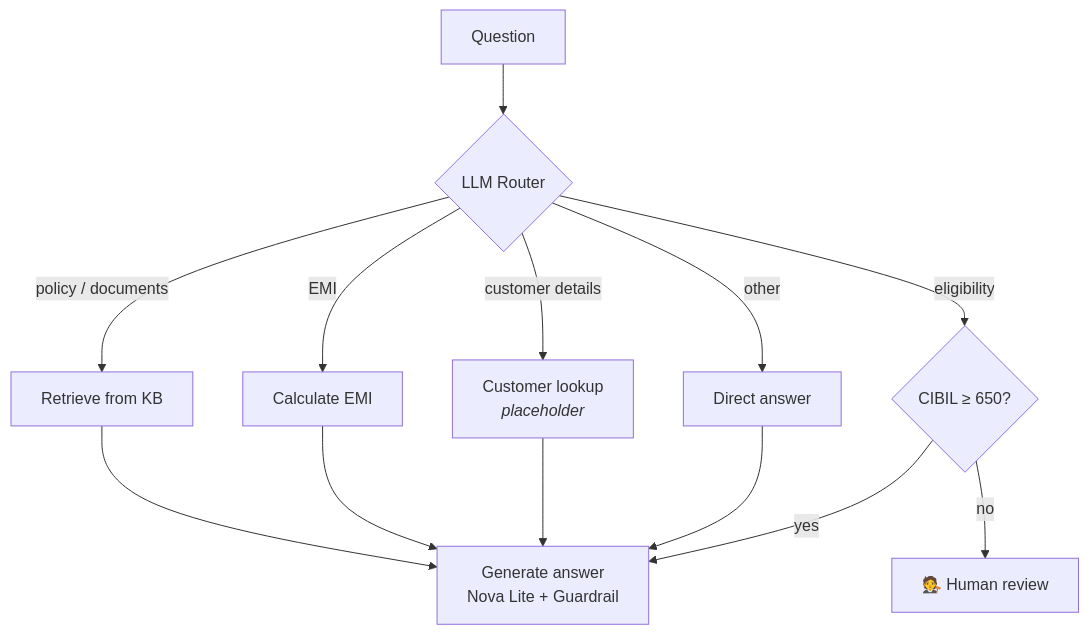
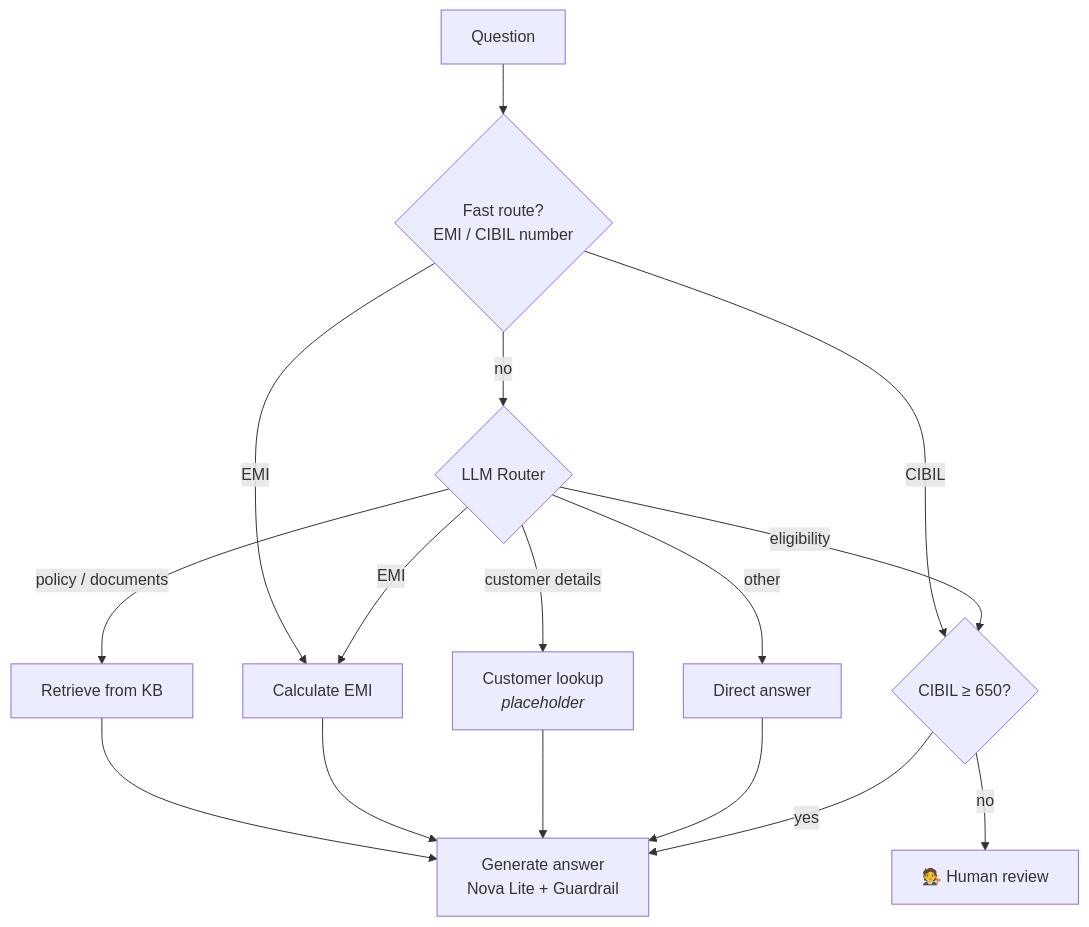
Before and after one commit to musaddiq-vd/loanassist-ai-Langgraph: the second of 2 diagrams in README.md, drawn with Mermaid. The commit also changed other lines of this file and 12 other files, not shown here.

First line of the commit message:
Smarter EMI and CIBIL handling, loan-type search filter, cheaper guardrails

````diff
--- a/README.md
+++ b/README.md
@@ -89,16 +90,19 @@
 ```mermaid
 flowchart TD
-    Q[Question] --> R{LLM Router}
+    Q[Question] --> FR{Fast route?<br/>EMI / CIBIL number}
+    FR -->|EMI| E
+    FR -->|CIBIL| EL
+    FR -->|no| R{LLM Router}
     R -->|policy / documents| D[Retrieve from KB]
     R -->|EMI| E[Calculate EMI]
     R -->|eligibility| EL{CIBIL ≥ 650?}
     R -->|customer details| C[Customer lookup<br/><i>placeholder</i>]
     R -->|other| X[Direct answer]
 
     D --> G[Generate answer<br/>Nova Lite + Guardrail]
     E --> G
     C --> G
     X --> G
     EL -->|yes| G
     EL -->|no| H[🧑‍⚖️ Human review]
 ```
````
